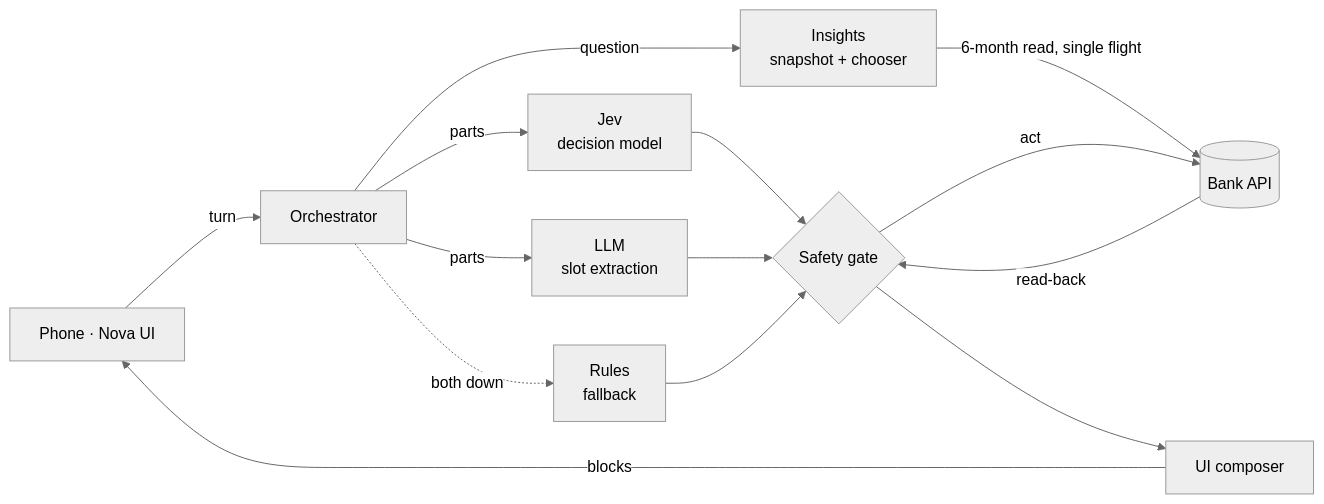
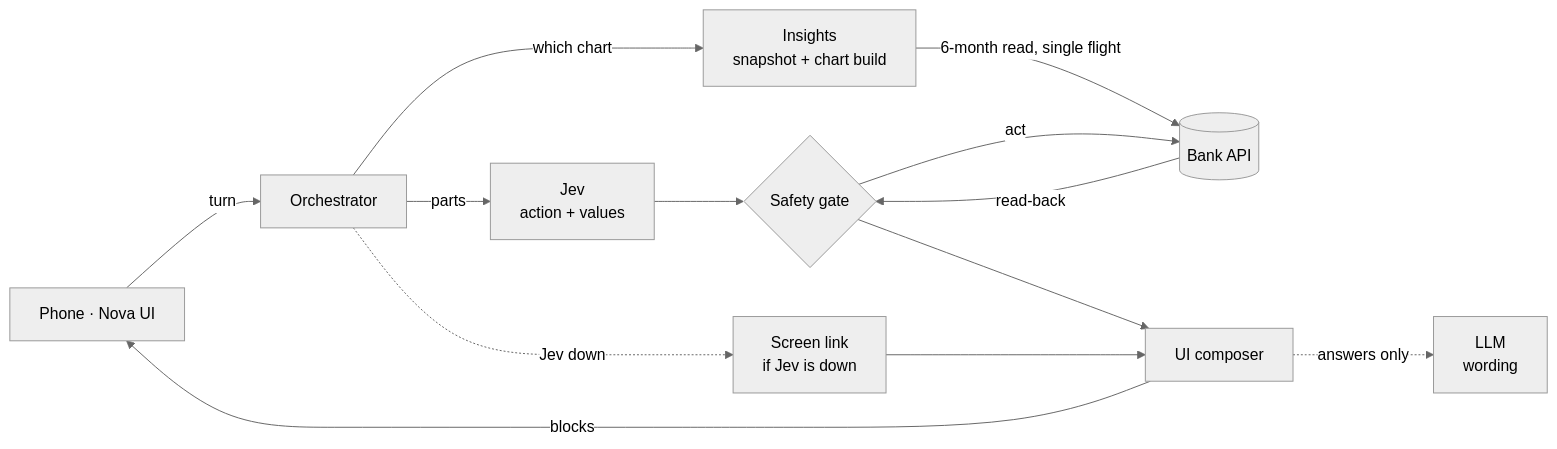
Before and after one commit to Rahulm38/Awesome-UI-on-fly: the first of 4 diagrams in docs/ARCHITECTURE.md, drawn with Mermaid (neutral theme). The commit also changed other lines of this file and 11 other files, not shown here.

Commit message:
Update demo architecture and preview metadata

````diff
--- a/docs/ARCHITECTURE.md
+++ b/docs/ARCHITECTURE.md
@@ -17,16 +17,15 @@
 ```mermaid
 flowchart LR
   P[Phone · Nova UI] -->|turn| O[Orchestrator]
-  O -->|parts| J[Jev<br/>decision model]
-  O -->|parts| L[LLM<br/>slot extraction]
-  O -.->|both down| R[Rules<br/>fallback]
-  O -->|question| N[Insights<br/>snapshot + chooser]
+  O -->|parts| J[Jev<br/>action + values]
+  O -.->|Jev down| R[Screen link<br/>if Jev is down]
+  O -->|which chart| N[Insights<br/>snapshot + chart build]
   N -->|6-month read, single flight| B
   J --> S{Safety gate}
-  L --> S
-  R --> S
   S -->|act| B[(Bank API)]
   B -->|read-back| S
   S --> C[UI composer]
+  C -.->|answers only| L[LLM<br/>wording]
+  R --> C
   C -->|blocks| P
 ```
````
